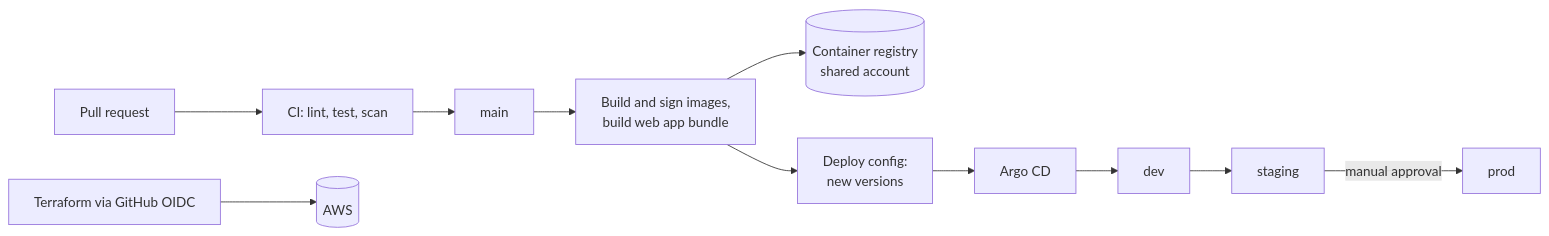
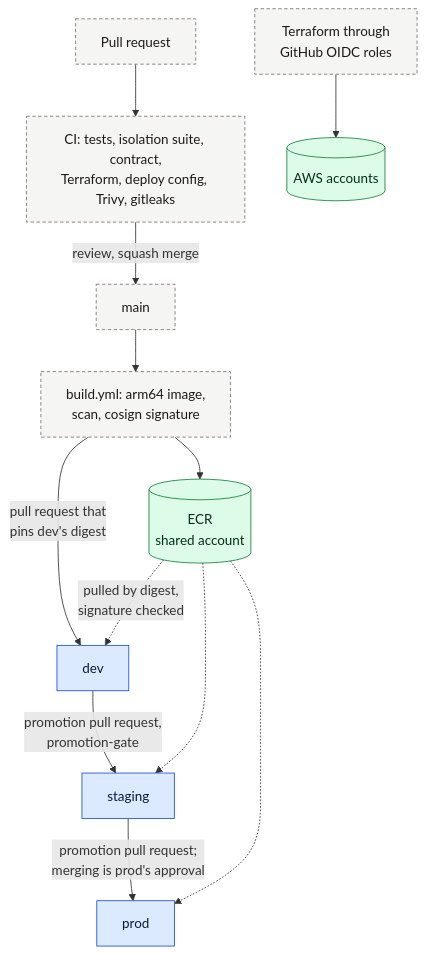
The fourth of 14 diagrams in docs/architecture.md (codewithmuh/secure-file-transfer), drawn with Mermaid before and after one commit. The commit also changed other lines of this file and 473 other files, not shown here.

````diff
--- a/docs/architecture.md
+++ b/docs/architecture.md
@@ -252,13 +313,19 @@
 ```mermaid
-flowchart LR
-    pr["Pull request"] --> ci["CI: lint, test, scan"]
-    ci --> main["main"]
-    main --> build["Build and sign images,<br/>build web app bundle"]
-    build --> reg[("Container registry<br/>shared account")]
-    build --> cfg["Deploy config:<br/>new versions"]
-    cfg --> argo["Argo CD"]
-    argo --> dev["dev"]
-    dev --> stg["staging"]
-    stg -->|"manual approval"| prod["prod"]
-    tf["Terraform via GitHub OIDC"] --> aws[("AWS")]
+flowchart TB
+    pr["Pull request"] --> ci["CI: tests, isolation suite, contract,<br/>Terraform, deploy config, Trivy, gitleaks"]
+    ci -->|"review, squash merge"| main["main"]
+    main --> build["build.yml: arm64 image,<br/>scan, cosign signature"]
+    build --> ecr[("ECR<br/>shared account")]
+    build -->|"pull request that<br/>pins dev's digest"| dev["dev"]
+    dev -->|"promotion pull request,<br/>promotion-gate"| stg["staging"]
+    stg -->|"promotion pull request;<br/>merging is prod's approval"| prod["prod"]
+    ecr -. "pulled by digest,<br/>signature checked" .-> dev
+    ecr -.-> stg & prod
+    tf["Terraform through<br/>GitHub OIDC roles"] --> aws[("AWS accounts")]
+    classDef app fill:#dbeafe,stroke:#1d4ed8,color:#0c1a3a
+    classDef store fill:#dcfce7,stroke:#15803d,color:#052e16
+    classDef ext fill:#f5f5f4,stroke:#78716c,color:#1c1917,stroke-dasharray:4 3
+    class pr,ci,main,build,tf ext
+    class dev,stg,prod app
+    class ecr,aws store
 ```
````
